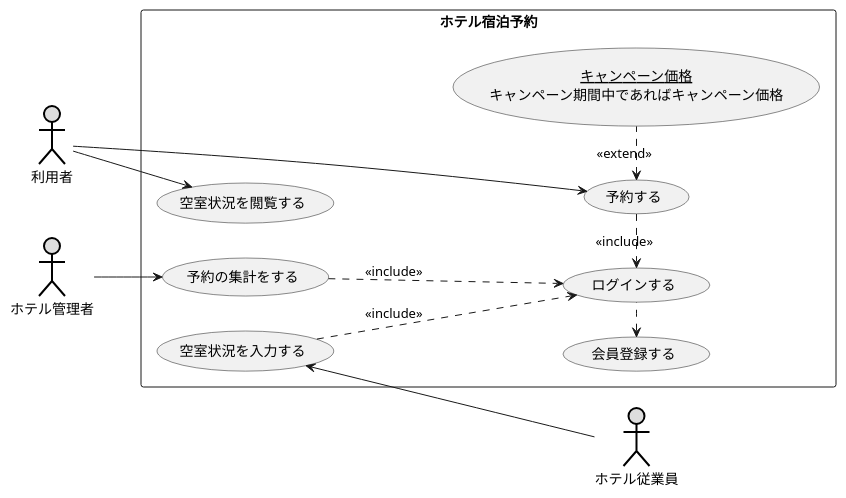
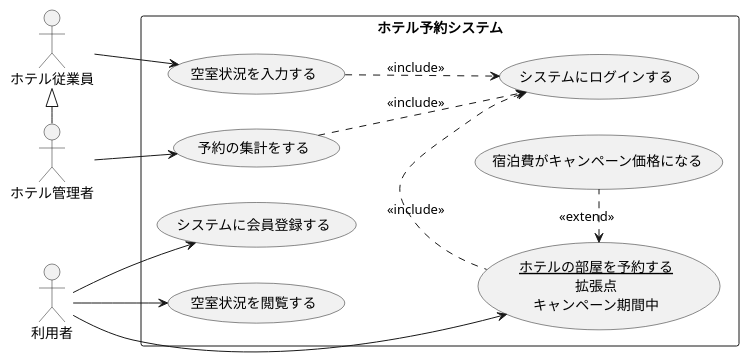
One commit to mimoza126/uml-introduction changed the diagram in 演習2-8_UC_ホテル予約システム.pu. Above: the diagram before and after it, drawn with PlantUML.

Commit message:
演習

```diff
--- a/演習2-8_UC_ホテル予約システム.pu
+++ b/演習2-8_UC_ホテル予約システム.pu
@@ -1,25 +1,25 @@
-@startuml ユースケース図
+@startuml ホテル予約システム
 left to right direction
-actor 利用者 #DDDDDD;line:black;line.bold;
-actor ホテル従業員 #DDDDDD;line:black;line.bold;
-actor ホテル管理者 #DDDDDD;line:black;line.bold;
-rectangle ホテル宿泊予約{
-    usecase 空室状況を閲覧する
-    usecase 予約する
-    usecase 予約の集計をする
-    usecase 空室状況を入力する
-    usecase 会員登録する
-    usecase ログインする
-    usecase (<u>キャンペーン価格</u>\nキャンペーン期間中であればキャンペーン価格) as input
+actor 利用者
+actor ホテル従業員
+actor ホテル管理者
+rectangle ホテル予約システム{
+usecase 空室状況を閲覧する
+usecase 空室状況を入力する
+usecase 予約の集計をする
+usecase システムにログインする
+usecase システムに会員登録する
+usecase (<u>ホテルの部屋を予約する</u>\n拡張点\nキャンペーン期間中) as input
+usecase 宿泊費がキャンペーン価格になる
 }
-予約する.>ログインする :<<include>>
-会員登録する <. ログインする
+ホテル従業員 <|- ホテル管理者
 利用者 --> 空室状況を閲覧する
-空室状況を入力する <-- ホテル従業員 
+利用者 --> input
+利用者 --> システムに会員登録する
+input <. 宿泊費がキャンペーン価格になる : <<extend>>
+システムにログインする <. input : << include >>
+ホテル従業員 --> 空室状況を入力する
+空室状況を入力する ..> システムにログインする : <<include>>
 ホテル管理者 --> 予約の集計をする
-(予約する)  <. input : <<extend>>
-空室状況を入力する ..> ログインする : <<include>>
-予約の集計をする ..> ログインする : <<include>>
-利用者-->予約する
-' ホテル管理者 --|>　ホテル従業員 
+予約の集計をする ..> システムにログインする : <<include>>
 @enduml
```
